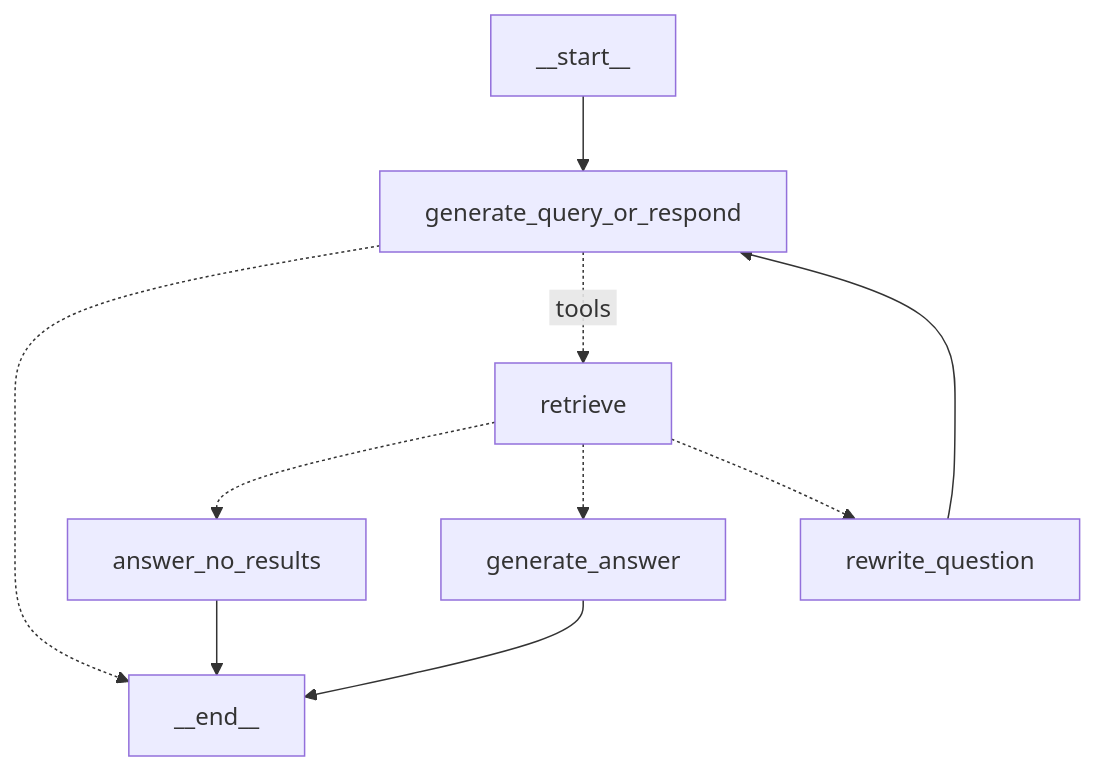
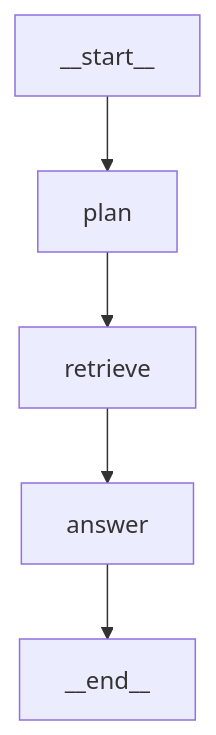
The first of 2 diagrams in docs/demo/graphs/lgos-rag.md (ilkersigirci/langgraph-openai-serve), drawn with Mermaid before and after one commit. The commit also changed other lines of this file and 24 other files, not shown here.

````diff
--- a/docs/demo/graphs/lgos-rag.md
+++ b/docs/demo/graphs/lgos-rag.md
@@ -11,12 +17,7 @@
 ```mermaid
 graph TD;
-	__start__ --> generate_query_or_respond;
-	generate_query_or_respond -.-> __end__;
-	generate_query_or_respond -. &nbsp;tools&nbsp; .-> retrieve;
-	retrieve -.-> answer_no_results;
-	retrieve -.-> generate_answer;
-	retrieve -.-> rewrite_question;
-	rewrite_question --> generate_query_or_respond;
-	answer_no_results --> __end__;
-	generate_answer --> __end__;
+  __start__ --> plan;
+  plan --> retrieve;
+  retrieve --> answer;
+  answer --> __end__;
 ```
````
